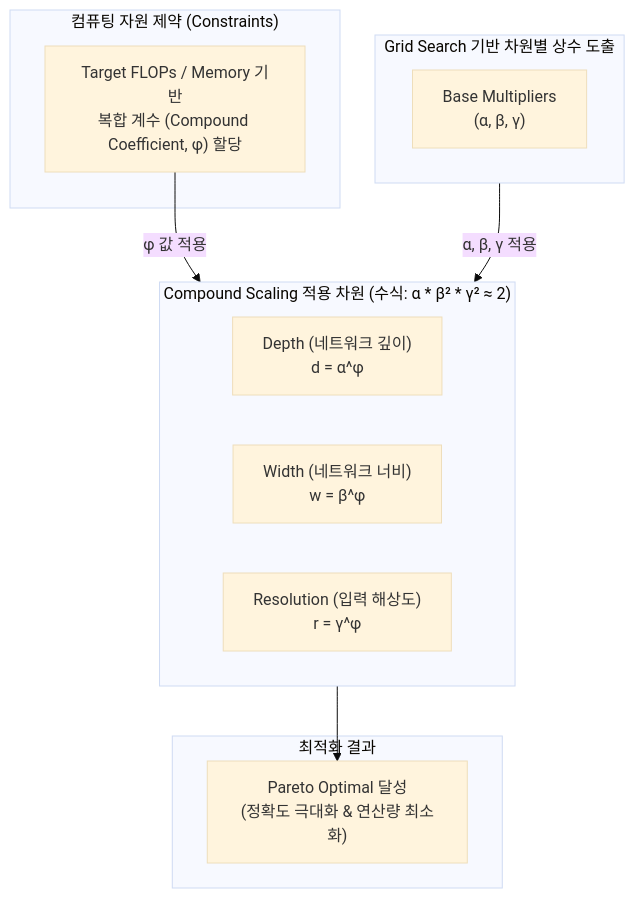
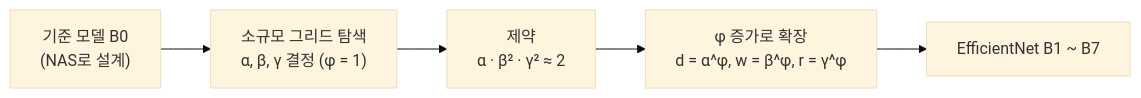
The diagram in content/01_IT Tech/Compound Scaling.md (supremethumb/supremethumb.github.io), drawn with Mermaid (base theme) before and after one commit. The commit also changed other lines of this file and 1087 other files, not shown here.

````diff
--- a/content/01_IT Tech/Compound Scaling.md
+++ b/content/01_IT Tech/Compound Scaling.md
@@ -33,26 +34,7 @@
 ```mermaid
-flowchart TD
-    subgraph Resource["컴퓨팅 자원 제약 (Constraints)"]
-        Target["Target FLOPs / Memory 기반<br/>복합 계수 (Compound Coefficient, φ) 할당"]
-    end
-
-    subgraph Optimization["Grid Search 기반 차원별 상수 도출"]
-        Base["Base Multipliers<br/>(α, β, γ)"]
-    end
-
-    subgraph Compound_Scaling_Method["Compound Scaling 적용 차원 (수식: α * β² * γ² ≈ 2)"]
-        direction LR
-        D["Depth (네트워크 깊이)<br/>d = α^φ"]
-        W["Width (네트워크 너비)<br/>w = β^φ"]
-        R["Resolution (입력 해상도)<br/>r = γ^φ"]
-    end
-
-    subgraph Output["최적화 결과"]
-        Model["Pareto Optimal 달성<br/>(정확도 극대화 & 연산량 최소화)"]
-    end
-
-    Target --> |"φ 값 적용"| Compound_Scaling_Method
-    Optimization --> |"α, β, γ 적용"| Compound_Scaling_Method
-    Compound_Scaling_Method --> Model
-
+flowchart LR
+    B["기준 모델 B0<br/>(NAS로 설계)"] --> G["소규모 그리드 탐색<br/>α, β, γ 결정 (φ = 1)"]
+    G --> C["제약<br/>α · β² · γ² ≈ 2"]
+    C --> S["φ 증가로 확장<br/>d = α^φ, w = β^φ, r = γ^φ"]
+    S --> M["EfficientNet B1 ~ B7"]
 ```
````
